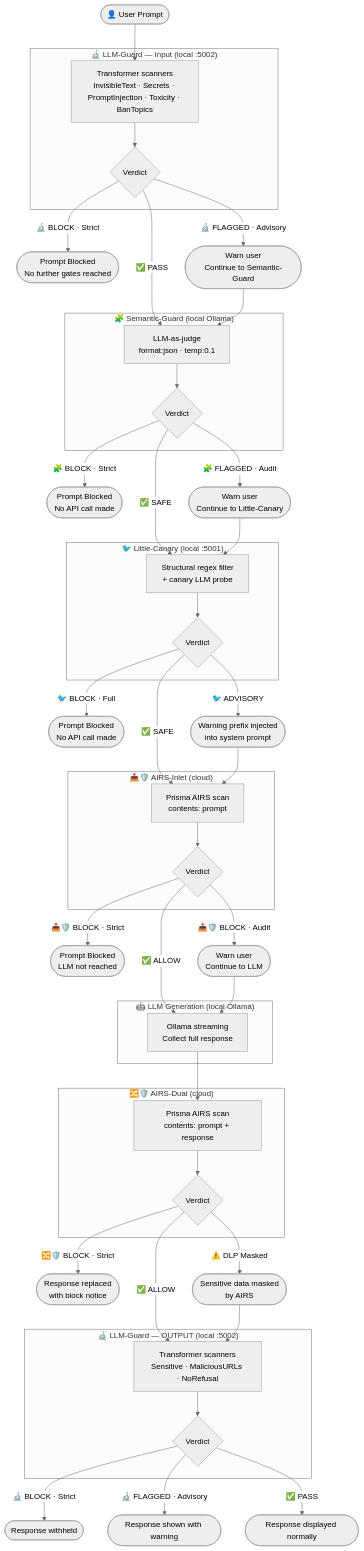
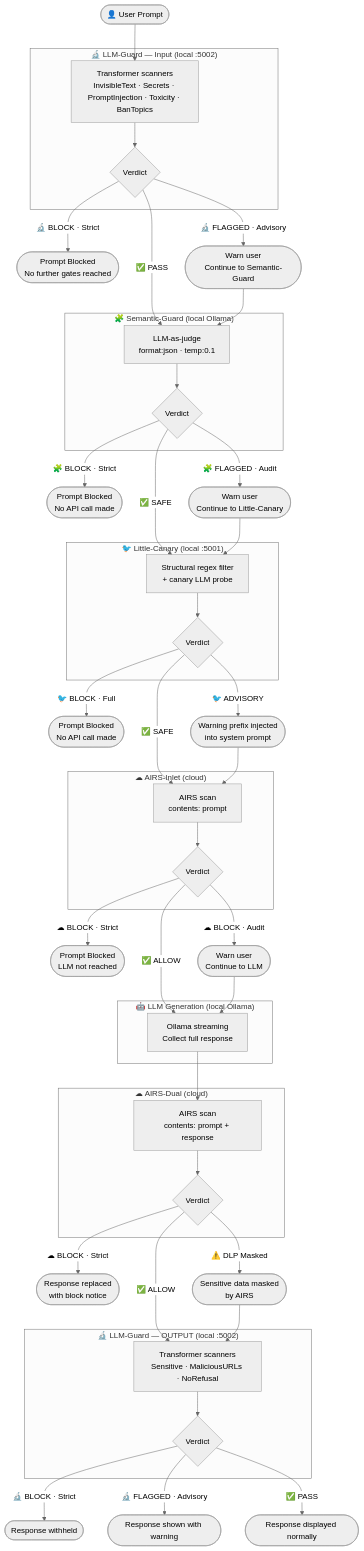
Before and after one commit to packetcraft/llm-security-workbench: the first of 2 diagrams in docs/ARCHITECTURE.md, drawn with Mermaid (neutral theme). The commit also changed other lines of this file and 19 other files, not shown here.

First line of the commit message:
refactor: rename Prisma AIRS → AIRS, standardise cloud gate emoji to ☁︎

````diff
--- a/docs/ARCHITECTURE.md
+++ b/docs/ARCHITECTURE.md
@@ -23,68 +23,68 @@
 ```mermaid
 flowchart TD
     A([👤 User Prompt]) --> LG
 
     subgraph LG_IN ["🔬 LLM-Guard — Input (local :5002)"]
         LG[Transformer scanners\nInvisibleText · Secrets · PromptInjection · Toxicity · BanTopics] --> LGV{Verdict}
     end
 
     LGV -- "🔬 BLOCK · Strict" --> LGB([Prompt Blocked\nNo further gates reached])
     LGV -- "🔬 FLAGGED · Advisory" --> LGF([Warn user\nContinue to Semantic-Guard])
     LGV -- "✅ PASS" --> SG
 
     LGF --> SG
 
     subgraph PHASE0 ["🧩 Semantic-Guard (local Ollama)"]
         SG[LLM-as-judge\nformat:json · temp:0.1] --> SGV{Verdict}
     end
 
     SGV -- "🧩 BLOCK · Strict" --> SGB([Prompt Blocked\nNo API call made])
     SGV -- "🧩 FLAGGED · Audit" --> SGF([Warn user\nContinue to Little-Canary])
     SGV -- "✅ SAFE" --> LC
 
     SGF --> LC
 
     subgraph PHASE05 ["🐦 Little-Canary (local :5001)"]
         LC[Structural regex filter\n+ canary LLM probe] --> LCV{Verdict}
     end
 
     LCV -- "🐦 BLOCK · Full" --> LCB([Prompt Blocked\nNo API call made])
     LCV -- "🐦 ADVISORY" --> LCA([Warning prefix injected\ninto system prompt])
     LCV -- "✅ SAFE" --> AIRS1
 
     LCA --> AIRS1
 
-    subgraph PHASE1 ["📥🛡️ AIRS-Inlet (cloud)"]
-        AIRS1[Prisma AIRS scan\ncontents: prompt] --> A1V{Verdict}
+    subgraph PHASE1 ["☁︎ AIRS-Inlet (cloud)"]
+        AIRS1[AIRS scan\ncontents: prompt] --> A1V{Verdict}
     end
 
-    A1V -- "📥🛡️ BLOCK · Strict" --> A1B([Prompt Blocked\nLLM not reached])
-    A1V -- "📥🛡️ BLOCK · Audit" --> A1F([Warn user\nContinue to LLM])
+    A1V -- "☁︎ BLOCK · Strict" --> A1B([Prompt Blocked\nLLM not reached])
+    A1V -- "☁︎ BLOCK · Audit" --> A1F([Warn user\nContinue to LLM])
     A1V -- "✅ ALLOW" --> LLM
 
     A1F --> LLM
 
     subgraph LLMGEN ["🤖 LLM Generation (local Ollama)"]
         LLM[Ollama streaming\nCollect full response]
     end
 
     LLM --> AIRS2
 
-    subgraph PHASE2 ["🔀🛡️ AIRS-Dual (cloud)"]
-        AIRS2[Prisma AIRS scan\ncontents: prompt + response] --> A2V{Verdict}
+    subgraph PHASE2 ["☁︎ AIRS-Dual (cloud)"]
+        AIRS2[AIRS scan\ncontents: prompt + response] --> A2V{Verdict}
     end
 
-    A2V -- "🔀🛡️ BLOCK · Strict" --> A2B([Response replaced\nwith block notice])
+    A2V -- "☁︎ BLOCK · Strict" --> A2B([Response replaced\nwith block notice])
     A2V -- "⚠️ DLP Masked" --> A2M([Sensitive data masked\nby AIRS])
     A2V -- "✅ ALLOW" --> LGOUT
 
     A2M --> LGOUT
 
     subgraph LG_OUT ["🔬 LLM-Guard — OUTPUT (local :5002)"]
         LGOUT[Transformer scanners\nSensitive · MaliciousURLs · NoRefusal] --> LGOV{Verdict}
     end
 
     LGOV -- "🔬 BLOCK · Strict" --> LGOB([Response withheld])
     LGOV -- "🔬 FLAGGED · Advisory" --> LGOF([Response shown with warning])
     LGOV -- "✅ PASS" --> SHOW([Response displayed normally])
 ```
````
